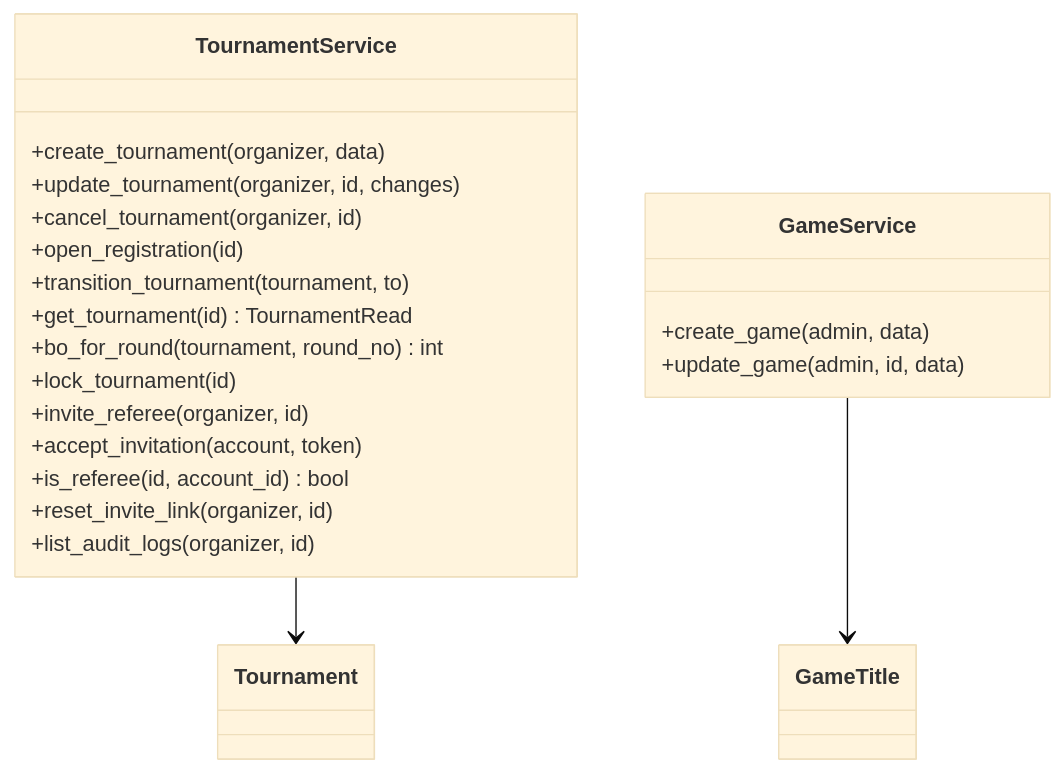
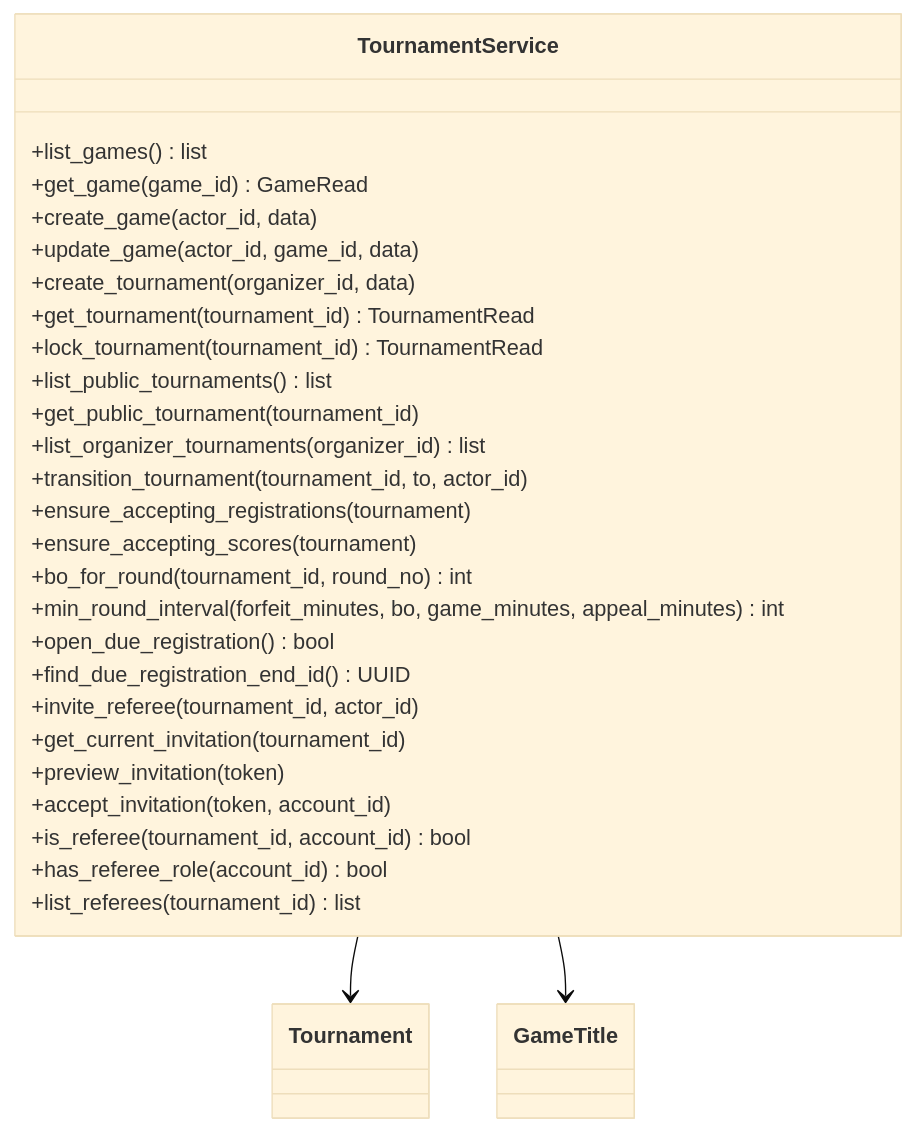
The seventh of 15 diagrams in docs/midterm/D-物件設計文件.md (Team14good/esport-platform), drawn with Mermaid (base theme) before and after one commit. The commit also changed other lines of this file and 14 other files, not shown here.

````diff
--- a/docs/midterm/D-物件設計文件.md
+++ b/docs/midterm/D-物件設計文件.md
@@ -296,26 +322,33 @@
 ```mermaid
 classDiagram
   class Tournament
   class GameTitle
   class TournamentService {
-    +create_tournament(organizer, data)
-    +update_tournament(organizer, id, changes)
-    +cancel_tournament(organizer, id)
-    +open_registration(id)
-    +transition_tournament(tournament, to)
-    +get_tournament(id) TournamentRead
-    +bo_for_round(tournament, round_no) int
-    +lock_tournament(id)
-    +invite_referee(organizer, id)
-    +accept_invitation(account, token)
-    +is_referee(id, account_id) bool
-    +reset_invite_link(organizer, id)
-    +list_audit_logs(organizer, id)
-  }
-  class GameService {
-    +create_game(admin, data)
-    +update_game(admin, id, data)
+    +list_games() list
+    +get_game(game_id) GameRead
+    +create_game(actor_id, data)
+    +update_game(actor_id, game_id, data)
+    +create_tournament(organizer_id, data)
+    +get_tournament(tournament_id) TournamentRead
+    +lock_tournament(tournament_id) TournamentRead
+    +list_public_tournaments() list
+    +get_public_tournament(tournament_id)
+    +list_organizer_tournaments(organizer_id) list
+    +transition_tournament(tournament_id, to, actor_id)
+    +ensure_accepting_registrations(tournament)
+    +ensure_accepting_scores(tournament)
+    +bo_for_round(tournament_id, round_no) int
+    +min_round_interval(forfeit_minutes, bo, game_minutes, appeal_minutes) int
+    +open_due_registration() bool
+    +find_due_registration_end_id() UUID
+    +invite_referee(tournament_id, actor_id)
+    +get_current_invitation(tournament_id)
+    +preview_invitation(token)
+    +accept_invitation(token, account_id)
+    +is_referee(tournament_id, account_id) bool
+    +has_referee_role(account_id) bool
+    +list_referees(tournament_id) list
   }
   TournamentService --> Tournament
-  GameService --> GameTitle
+  TournamentService --> GameTitle
 ```
````
